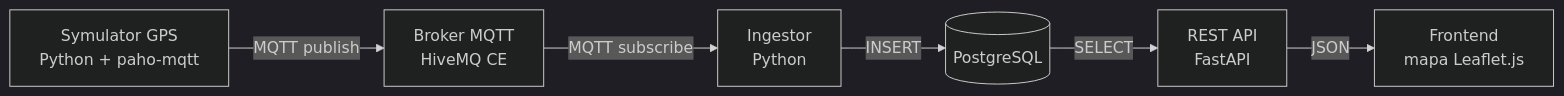
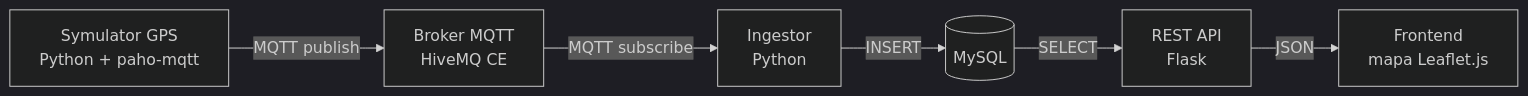
One commit to MaTiuSzz/ProjektPythonIT changed the diagram in README.md. Above: the diagram before and after it, drawn with Mermaid (dark theme). The commit also changed other lines of this file and 5 other files, not shown here.

````diff
--- a/README.md
+++ b/README.md
@@ -9,8 +9,8 @@
 ```mermaid
 flowchart LR
     SIM["Symulator GPS<br/>Python + paho-mqtt"] -->|MQTT publish| BROKER["Broker MQTT<br/>HiveMQ CE"]
     BROKER -->|MQTT subscribe| ING["Ingestor<br/>Python"]
-    ING -->|INSERT| DB[("PostgreSQL")]
-    DB -->|SELECT| API["REST API<br/>FastAPI"]
+    ING -->|INSERT| DB[("MySQL")]
+    DB -->|SELECT| API["REST API<br/>Flask"]
     API -->|JSON| FRONT["Frontend<br/>mapa Leaflet.js"]
 ```
````
